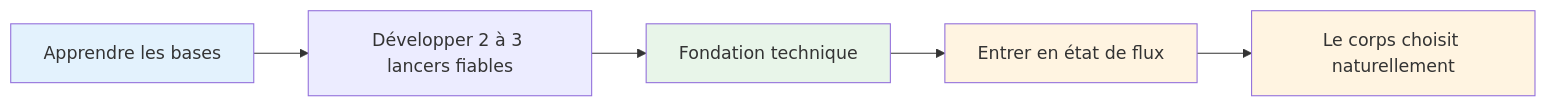
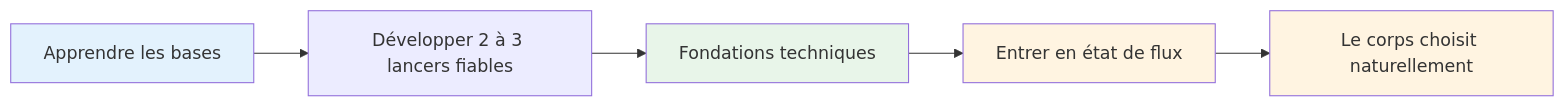
The sixth of 6 diagrams in docs/fr/technical/throws.md (patwii/petanque-academy), drawn with Mermaid before and after one commit. The commit also changed other lines of this file and 532 other files, not shown here.

````diff
--- a/docs/fr/technical/throws.md
+++ b/docs/fr/technical/throws.md
@@ -149,12 +149,12 @@
 ```mermaid
 graph LR
     A[Apprendre les bases] --> B[Développer 2 à 3 lancers fiables]
-    B --> C[Fondation technique]
+    B --> C[Fondations techniques]
     C --> D[Entrer en état de flux]
     D --> E[Le corps choisit naturellement]
 
     style A fill:#e3f2fd
     style C fill:#e8f5e9
     style D fill:#fff4e1
     style E fill:#fff4e1
 ```
````
